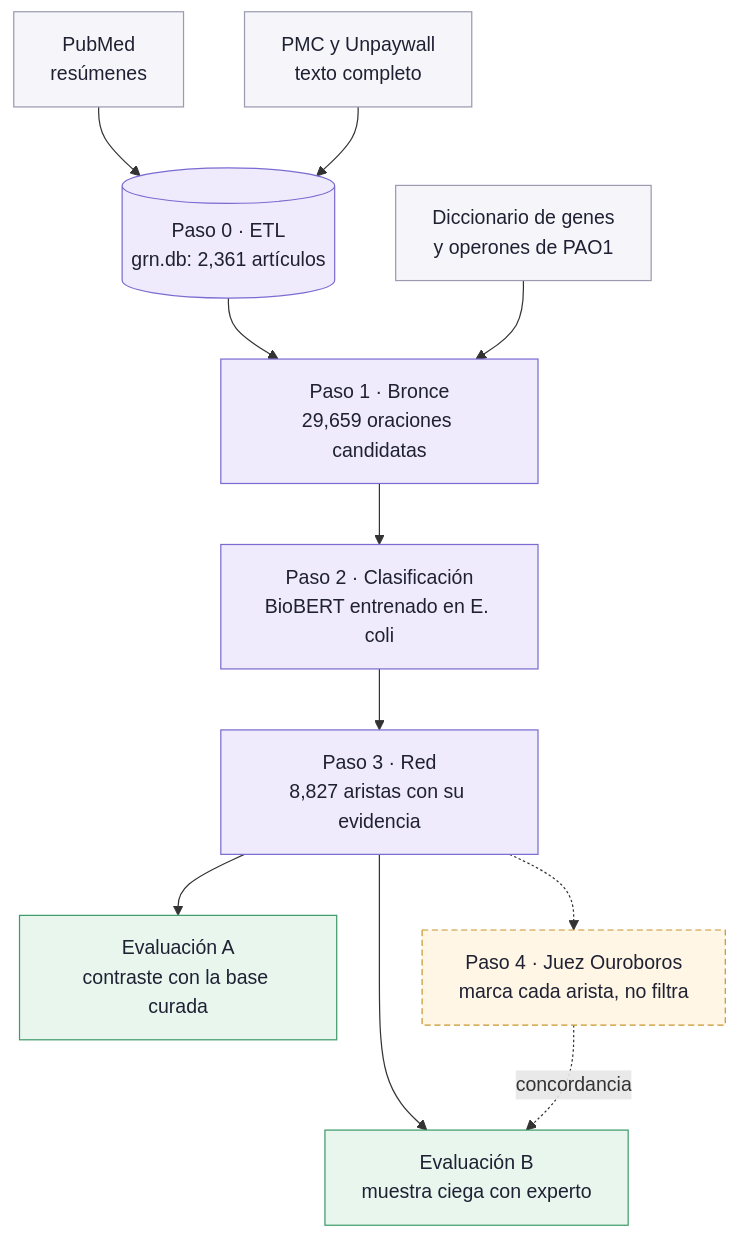
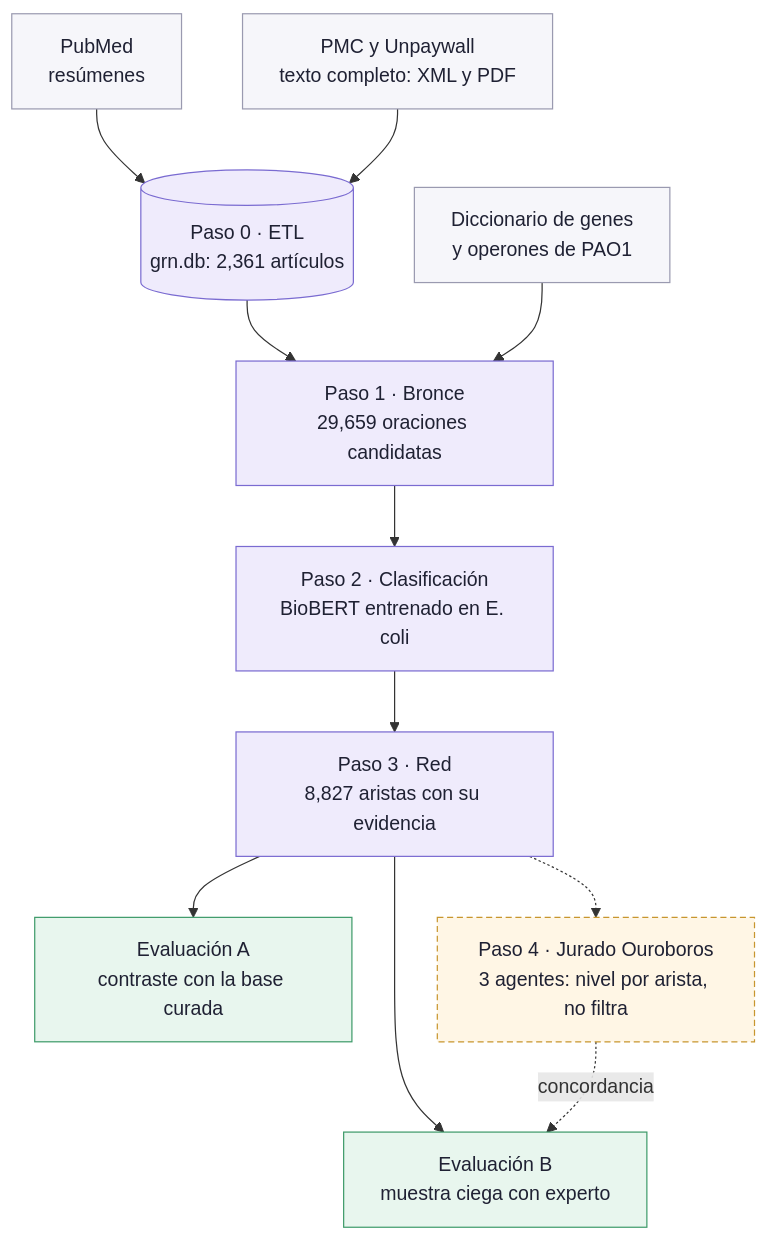
The first of 6 diagrams in docs/reporte/reporte.md (MonkeyDMemo/download_abstract_pdf), drawn with Mermaid before and after one commit. The commit also changed other lines of this file and 5 other files, not shown here.

````diff
--- a/docs/reporte/reporte.md
+++ b/docs/reporte/reporte.md
@@ -48,26 +51,26 @@
 ```mermaid
 flowchart TB
   PM["PubMed<br/>resúmenes"]:::fuente
-  PMC["PMC y Unpaywall<br/>texto completo"]:::fuente
+  PMC["PMC y Unpaywall<br/>texto completo: XML y PDF"]:::fuente
   DB[("Paso 0 · ETL<br/>grn.db: 2,361 artículos")]:::paso
   DIC["Diccionario de genes<br/>y operones de PAO1"]:::fuente
   OC["Paso 1 · Bronce<br/>29,659 oraciones candidatas"]:::paso
   BB["Paso 2 · Clasificación<br/>BioBERT entrenado en E. coli"]:::paso
   RED["Paso 3 · Red<br/>8,827 aristas con su evidencia"]:::paso
   CUR["Evaluación A<br/>contraste con la base curada"]:::ev
   CIEGA["Evaluación B<br/>muestra ciega con experto"]:::ev
-  OU["Paso 4 · Juez Ouroboros<br/>marca cada arista, no filtra"]:::expl
+  OU["Paso 4 · Jurado Ouroboros<br/>3 agentes: nivel por arista, no filtra"]:::expl
   PM --> DB
   PMC --> DB
   DB --> OC
   DIC --> OC
   OC --> BB --> RED
   RED --> CUR
   RED --> CIEGA
   RED -.-> OU
   OU -. "concordancia" .-> CIEGA
   classDef fuente fill:#F6F6FA,stroke:#9A9AB0,color:#1F2133
   classDef paso fill:#EFEBFC,stroke:#7A6BD1,color:#1F2133
   classDef ev fill:#E8F6EE,stroke:#3E9B6A,color:#1F2133
   classDef expl fill:#FFF6E5,stroke:#C8962E,stroke-dasharray:5 3,color:#1F2133
 ```
````
